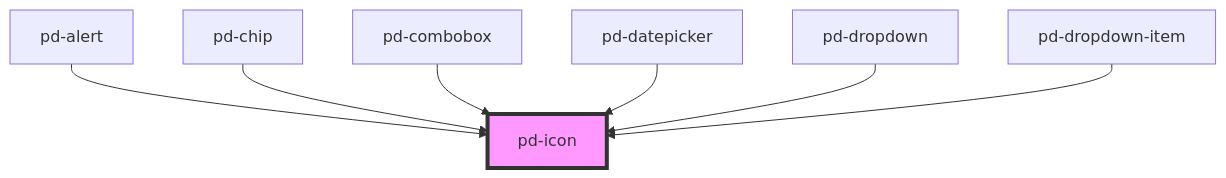
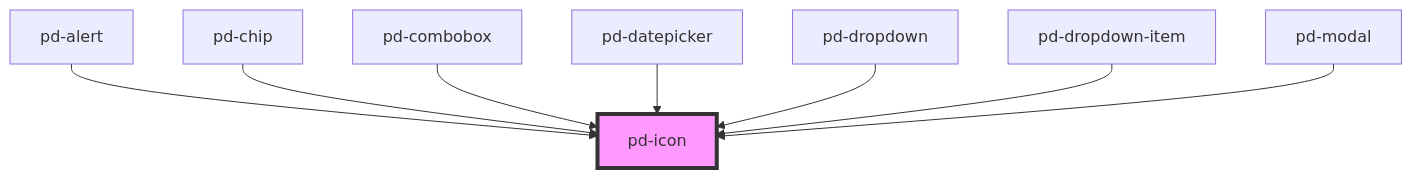
One commit to Lambda-IT/parlamentsdienste-components changed the diagram in packages/core/src/components/pd-icon/readme.md. Above: the diagram before and after it, drawn with Mermaid. The commit also changed other lines of this file and 54 other files, not shown here.

````diff
--- a/packages/core/src/components/pd-icon/readme.md
+++ b/packages/core/src/components/pd-icon/readme.md
@@ -84,10 +85,11 @@
 ```mermaid
 graph TD;
   pd-alert --> pd-icon
   pd-chip --> pd-icon
   pd-combobox --> pd-icon
   pd-datepicker --> pd-icon
   pd-dropdown --> pd-icon
   pd-dropdown-item --> pd-icon
+  pd-modal --> pd-icon
   style pd-icon fill:#f9f,stroke:#333,stroke-width:4px
 ```
````
